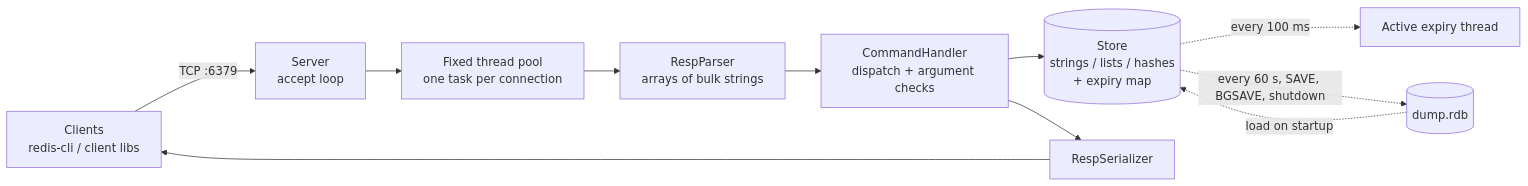
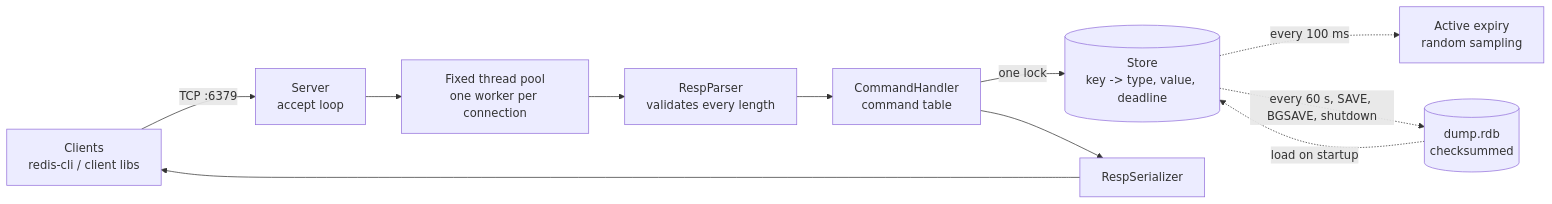
Before and after one commit to dhootatharva/redis-from-scratch: the diagram in README.md, drawn with Mermaid. The commit also changed other lines of this file and 4 other files, not shown here.

First line of the commit message:
perf: phase 7 — deque lists, sampled expiry, and a README that matches

````diff
--- a/README.md
+++ b/README.md
@@ -27,13 +27,13 @@
 ```mermaid
 flowchart LR
     C[Clients<br/>redis-cli / client libs] -->|TCP :6379| S[Server<br/>accept loop]
-    S --> P[Fixed thread pool<br/>one task per connection]
-    P --> R[RespParser<br/>arrays of bulk strings]
-    R --> H[CommandHandler<br/>dispatch + argument checks]
-    H --> K[(Store<br/>strings / lists / hashes<br/>+ expiry map)]
+    S --> P[Fixed thread pool<br/>one worker per connection]
+    P --> R[RespParser<br/>validates every length]
+    R --> H[CommandHandler<br/>command table]
+    H -->|one lock| K[(Store<br/>key -> type, value, deadline)]
     H --> W[RespSerializer]
     W --> C
-    K -. every 100 ms .-> E[Active expiry thread]
-    K -. every 60 s, SAVE, BGSAVE, shutdown .-> D[(dump.rdb)]
+    K -. every 100 ms .-> E[Active expiry<br/>random sampling]
+    K -. every 60 s, SAVE, BGSAVE, shutdown .-> D[(dump.rdb<br/>checksummed)]
     D -. load on startup .-> K
 ```
````
